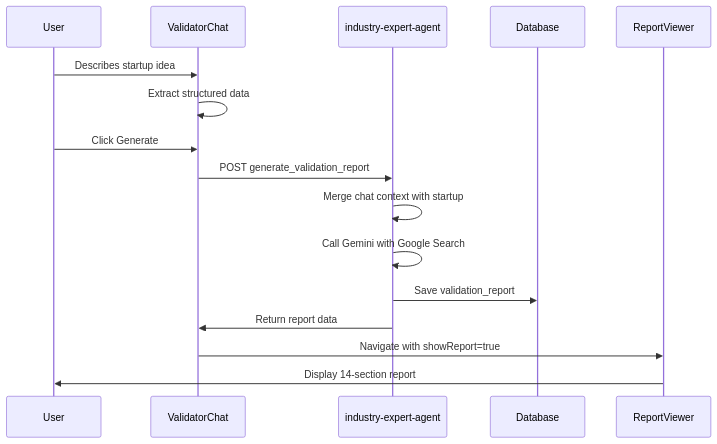
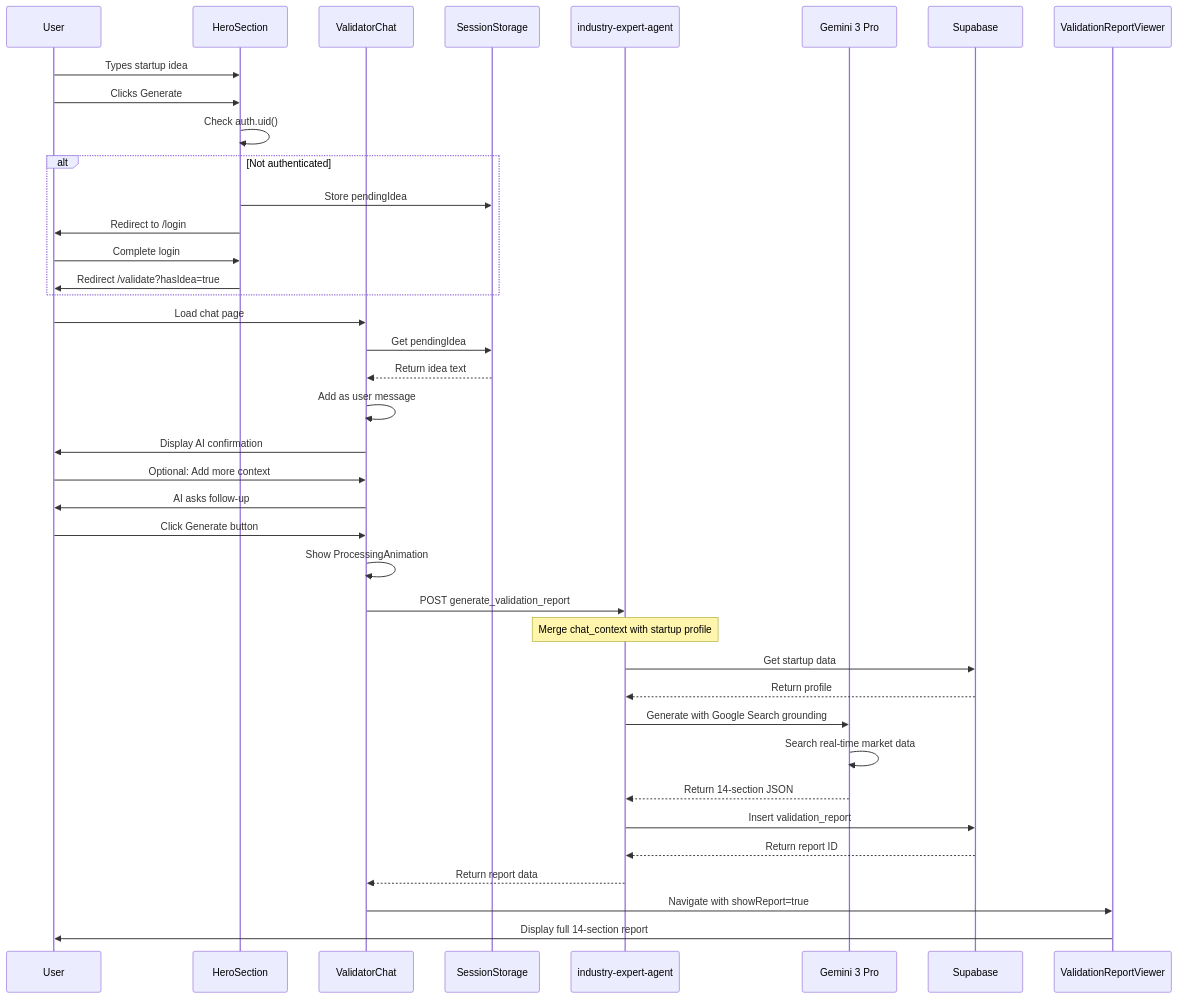
One commit to amo-tech-ai/rocket-path-ai changed the second of 2 diagrams in docs/tasks/106-1-validator-chat-flow.md. Above: the diagram before and after it, drawn with Mermaid. The commit also changed other lines of this file and 4 other files, not shown here.

````diff
--- a/docs/tasks/106-1-validator-chat-flow.md
+++ b/docs/tasks/106-1-validator-chat-flow.md
@@ -106,19 +128,51 @@
 ```mermaid
 sequenceDiagram
     participant U as User
-    participant C as ValidatorChat
+    participant H as HeroSection
+    participant VC as ValidatorChat
+    participant SS as SessionStorage
     participant A as industry-expert-agent
-    participant DB as Database
-    participant R as ReportViewer
+    participant G as Gemini 3 Pro
+    participant DB as Supabase
+    participant R as ValidationReportViewer
     
-    U->>C: Describes startup idea
-    C->>C: Extract structured data
-    U->>C: Click Generate
-    C->>A: POST generate_validation_report
-    A->>A: Merge chat context with startup
-    A->>A: Call Gemini with Google Search
-    A->>DB: Save validation_report
-    A->>C: Return report data
-    C->>R: Navigate with showReport=true
-    R->>U: Display 14-section report
+    U->>H: Types startup idea
+    U->>H: Clicks Generate
+    H->>H: Check auth.uid()
+    
+    alt Not authenticated
+        H->>SS: Store pendingIdea
+        H->>U: Redirect to /login
+        U->>H: Complete login
+        H->>U: Redirect /validate?hasIdea=true
+    end
+    
+    U->>VC: Load chat page
+    VC->>SS: Get pendingIdea
+    SS-->>VC: Return idea text
+    VC->>VC: Add as user message
+    VC->>U: Display AI confirmation
+    
+    U->>VC: Optional: Add more context
+    VC->>U: AI asks follow-up
+    
+    U->>VC: Click Generate button
+    VC->>VC: Show ProcessingAnimation
+    VC->>A: POST generate_validation_report
+    
+    Note over A: Merge chat_context with startup profile
+    
+    A->>DB: Get startup data
+    DB-->>A: Return profile
+    
+    A->>G: Generate with Google Search grounding
+    G->>G: Search real-time market data
+    G-->>A: Return 14-section JSON
+    
+    A->>DB: Insert validation_report
+    DB-->>A: Return report ID
+    A-->>VC: Return report data
+    
+    VC->>R: Navigate with showReport=true
+    R->>U: Display full 14-section report
 ```
````
